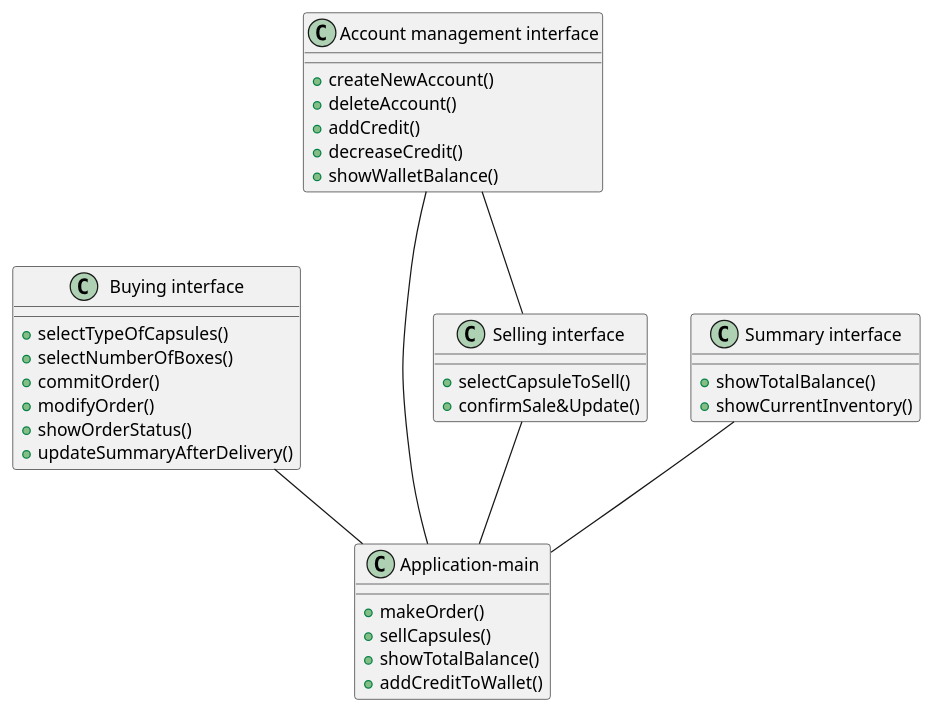
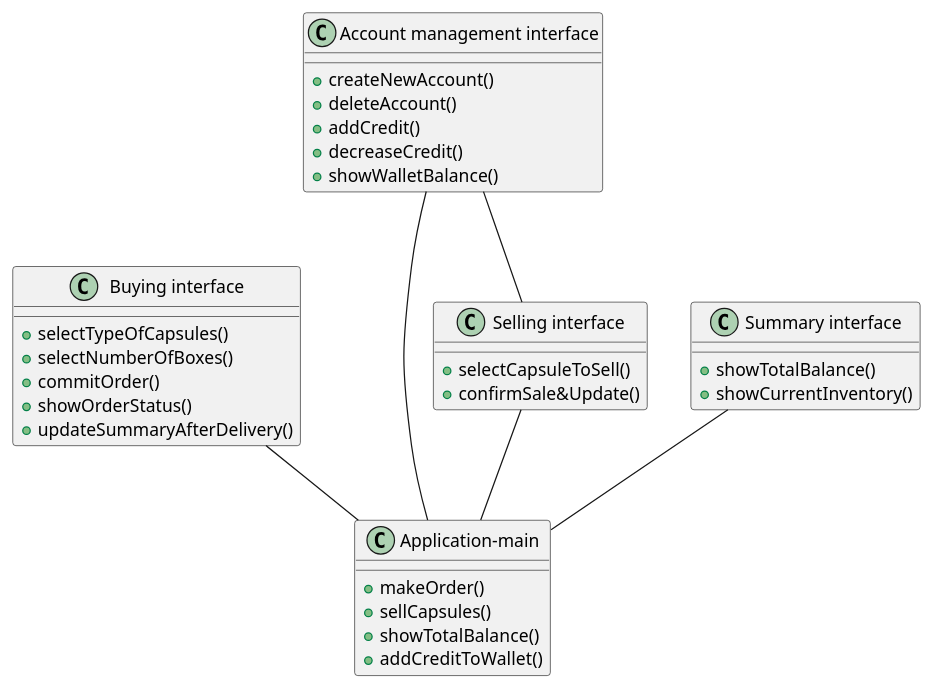
One commit to DarkSee/LaTazza changed the fourth of 4 diagrams in templates/RequirementsTemplate.md. Above: the diagram before and after it, drawn with PlantUML. The commit also changed other lines of this file, not shown here.

````diff
--- a/templates/RequirementsTemplate.md
+++ b/templates/RequirementsTemplate.md
@@ -375,49 +394,48 @@
 ```plantuml
 top to bottom direction
 
 class "Application-main" {
  +makeOrder()
  +sellCapsules()
  +showTotalBalance()
  +addCreditToWallet()
 
 }
 
 class "Buying interface" {
  +selectTypeOfCapsules()
  +selectNumberOfBoxes()
  +commitOrder()
- +modifyOrder()
  +showOrderStatus()
  +updateSummaryAfterDelivery()
 
 }
 
 class "Selling interface" {
  +selectCapsuleToSell()
  +confirmSale&Update()
 
 }
 
 class "Summary interface" {
  +showTotalBalance()
  +showCurrentInventory()
 
 }
 
 class "Account management interface" {
  +createNewAccount()
  +deleteAccount()
  +addCredit()
  +decreaseCredit()
  +showWalletBalance()
 
 } 
 
 
 "Selling interface" -- "Application-main"
 "Summary interface" -- "Application-main"
 "Buying interface" -- "Application-main"
 "Account management interface" -- "Application-main"
 "Account management interface" -- "Selling interface"
 ```
````
